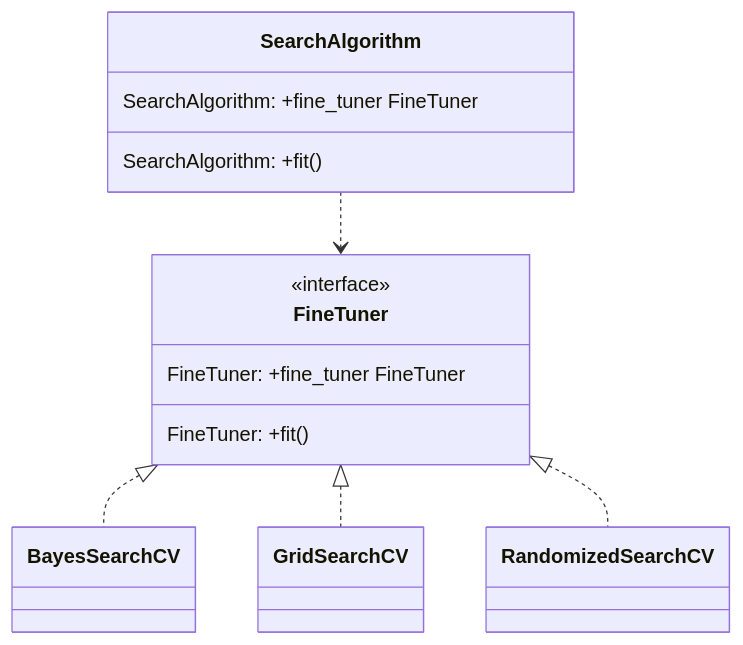
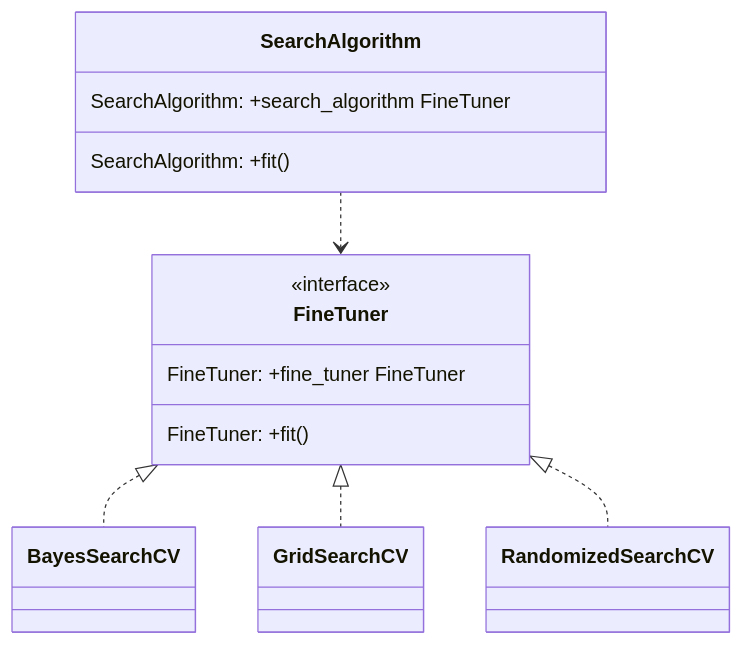
Before and after one commit to UribeAlejandro/DesignPatterns-MLFlow-for-ExperimentTracking: the third of 4 diagrams in README.md, drawn with Mermaid. The commit also changed other lines of this file, not shown here.

Commit message:
fine_tuner to search_algorithm in README

````diff
--- a/README.md
+++ b/README.md
@@ -95,18 +95,18 @@
 ```mermaid
 classDiagram-v2
     class SearchAlgorithm{
-        SearchAlgorithm: +fine_tuner FineTuner
+        SearchAlgorithm: +search_algorithm FineTuner
         SearchAlgorithm: +fit()
       }
 
     SearchAlgorithm ..> FineTuner
 
     class FineTuner{
         <<interface>>
         FineTuner: +fine_tuner FineTuner
         FineTuner: +fit()
       }
       FineTuner <|.. BayesSearchCV
       FineTuner <|.. GridSearchCV
       FineTuner <|.. RandomizedSearchCV
 ```
````
